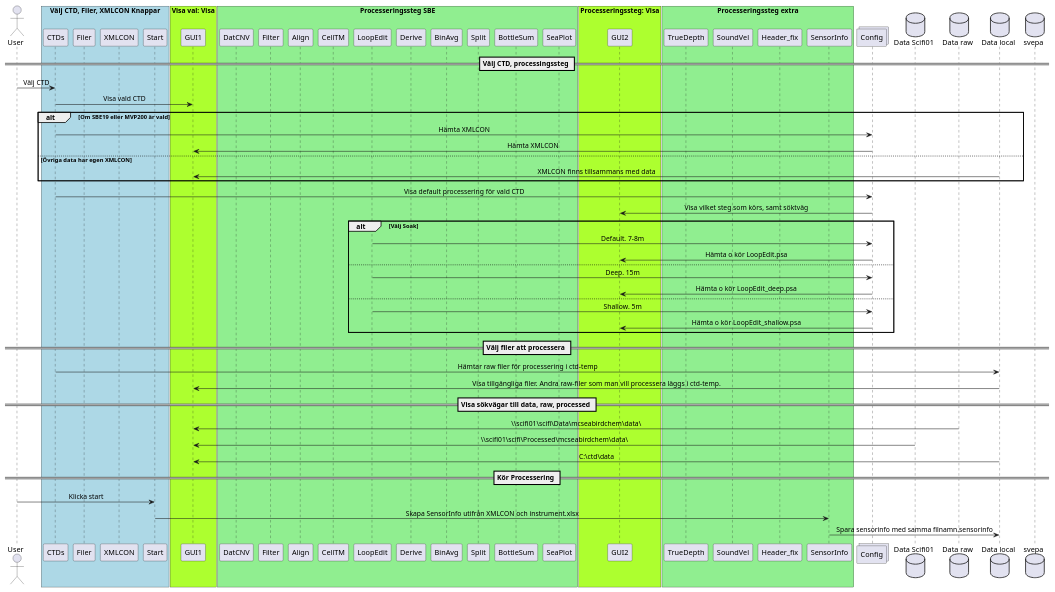
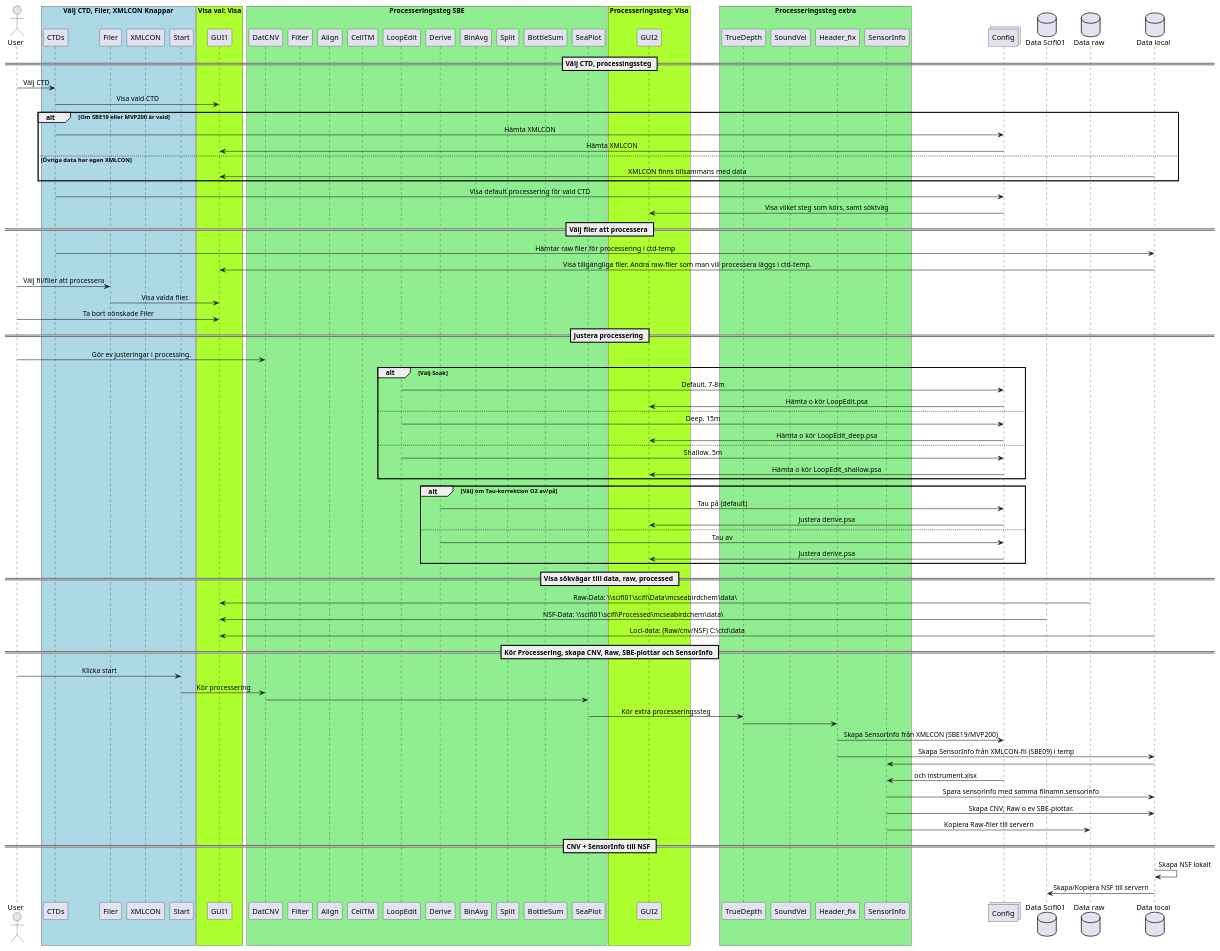
One commit to sharksmhi/SHARKtools_pre_system_Svea changed the diagram in docs/ctd_processing_sequence.plantuml. Above: the diagram before and after it, drawn with PlantUML.

Commit message:
New version of ctd-processing_seq /Mhan

```diff
--- a/docs/ctd_processing_sequence.plantuml
+++ b/docs/ctd_processing_sequence.plantuml
@@ -1,92 +1,114 @@
 @startuml ctd_processing
 'skinparam Style strictuml
 skinparam SequenceMessageAlignment center
 
 actor User
 box "Välj CTD, Filer, XMLCON Knappar" #LightBlue
 participant CTDs
 participant Filer
 participant XMLCON
 participant Start
 end box
 box "Visa val: Visa" #GreenYellow
 participant GUI1
 end box
 box "Processeringssteg SBE" #LightGreen
 participant DatCNV
 participant Filter
 participant Align
 participant CellTM
 participant LoopEdit
 participant Derive
 participant BinAvg
 participant Split
 participant BottleSum
 participant SeaPlot
 end box
 
 box "Processeringssteg: Visa" #GreenYellow
 participant GUI2
 end box
 
 box "Processeringssteg extra" #LightGreen
 participant TrueDepth
 participant SoundVel
 participant Header_fix
 participant SensorInfo
 end box
 
 
 collections Config
 
 database "Data Scifi01"
 database "Data raw"
 database "Data local"
 
-database svepa
-
 == Välj CTD, processingssteg ==
 User -> CTDs: Välj CTD
 CTDs -> GUI1: Visa vald CTD
     alt Om SBE19 eller MVP200 är vald
         CTDs -> Config: Hämta XMLCON
         Config -> GUI1: Hämta XMLCON
     else Övriga data har egen XMLCON
         "Data local" -> GUI1: XMLCON finns tillsammans med data
     end
 
 CTDs -> Config: Visa default processering för vald CTD
 Config -> GUI2: Visa vilket steg som körs, samt söktväg
+
+
+== Välj filer att processera ==
+CTDs -> "Data local": Hämtar raw filer för processering i ctd-temp
+"Data local" -> GUI1: Visa tillgängliga filer. Andra raw-filer som man vill processera läggs i ctd-temp.
+
+User -> Filer: Välj fil/filer att processera
+Filer -> GUI1: Visa valda filer.
+User -> GUI1: Ta bort oönskade Filer
+
+== Justera processering ==
+User -> DatCNV: Gör ev justeringar i processing.
+
     alt Välj Soak
         LoopEdit -> Config: Default. 7-8m
         Config -> GUI2: Hämta o kör LoopEdit.psa
     else
         LoopEdit -> Config: Deep. 15m
         Config -> GUI2: Hämta o kör LoopEdit_deep.psa
     else 
         LoopEdit -> Config: Shallow. 5m
         Config -> GUI2: Hämta o kör LoopEdit_shallow.psa
     end
 
+    alt Välj om Tau-korrektion O2 av/på
+        Derive -> Config: Tau på (default)
+        Config -> GUI2: Justera derive.psa
+    else
+        Derive -> Config: Tau av
+        Config -> GUI2: Justera derive.psa
+    end
+
+== Visa sökvägar till data, raw, processed == 
+"Data raw" -> GUI1: Raw-Data: \\\scifi01\\scifi\\Data\\mcseabirdchem\\data\\
+"Data Scifi01" -> GUI1: NSF-Data: \\\scifi01\\scifi\\Processed\\mcseabirdchem\\data\\ 
+"Data local" -> GUI1: Locl-data: (Raw/cnv/NSF) C:\ctd\data\
+
+== Kör Processering, skapa CNV, Raw, SBE-plottar och SensorInfo ==
+User -> Start: Klicka start
+Start -> DatCNV: Kör processering
+DatCNV -> SeaPlot: 
+SeaPlot -> TrueDepth: Kör extra processeringssteg
+TrueDepth -> Header_fix:
+Header_fix -> Config: Skapa SensorInfo från XMLCON (SBE19/MVP200) 
+Header_fix -> "Data local": Skapa SensorInfo från XMLCON-fil (SBE09) i temp 
+"Data local" -> SensorInfo:  
+Config -> SensorInfo: och instrument.xlsx
+SensorInfo -> "Data local": Spara sensorinfo med samma filnamn.sensorinfo
+SensorInfo -> "Data local": Skapa CNV, Raw o ev SBE-plottar. 
+SensorInfo -> "Data raw": Kopiera Raw-filer till servern
 
 
-== Välj filer att processera ==
-CTDs -> "Data local": Hämtar raw filer för processering i ctd-temp
-"Data local" -> GUI1: Visa tillgängliga filer. Andra raw-filer som man vill processera läggs i ctd-temp.
-
-
-== Visa sökvägar till data, raw, processed == 
-"Data raw" -> GUI1: \\\scifi01\\scifi\\Data\\mcseabirdchem\\data\\
-"Data Scifi01" -> GUI1: \\\scifi01\\scifi\\Processed\\mcseabirdchem\\data\\ 
-"Data local" -> GUI1: C:\ctd\data\
-
-== Kör Processering ==
-User -> Start: Klicka start
-Start -> SensorInfo: Skapa SensorInfo utifrån XMLCON och instrument.xlsx
-SensorInfo -> "Data local": Spara sensorinfo med samma filnamn.sensorinfo
-
-
-
-
+== CNV + SensorInfo till NSF ==
+"Data local" -> "Data local": Skapa NSF lokalt
+"Data local" -> "Data Scifi01": Skapa/Kopiera NSF till servern
 
 @enduml
```
